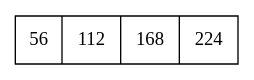
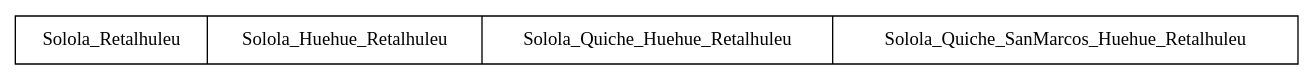
The diagram in ImagesArbolesB/Arbolb.dot (EilerGomez/ProyectoFinalEDD2024), drawn with Graphviz before and after one commit. The commit also changed 27 other files, not shown here.

```diff
--- a/ImagesArbolesB/Arbolb.dot
+++ b/ImagesArbolesB/Arbolb.dot
@@ -1,4 +1,4 @@
 digraph ArbolB {
 node [shape=record];
-"76086344" [label="<f0>56|<f1>112|<f2>168|<f3>224"];
+"206734062" [label="<f0>Solola_Retalhuleu|<f1>Solola_Huehue_Retalhuleu|<f2>Solola_Quiche_Huehue_Retalhuleu|<f3>Solola_Quiche_SanMarcos_Huehue_Retalhuleu"];
 }
```
